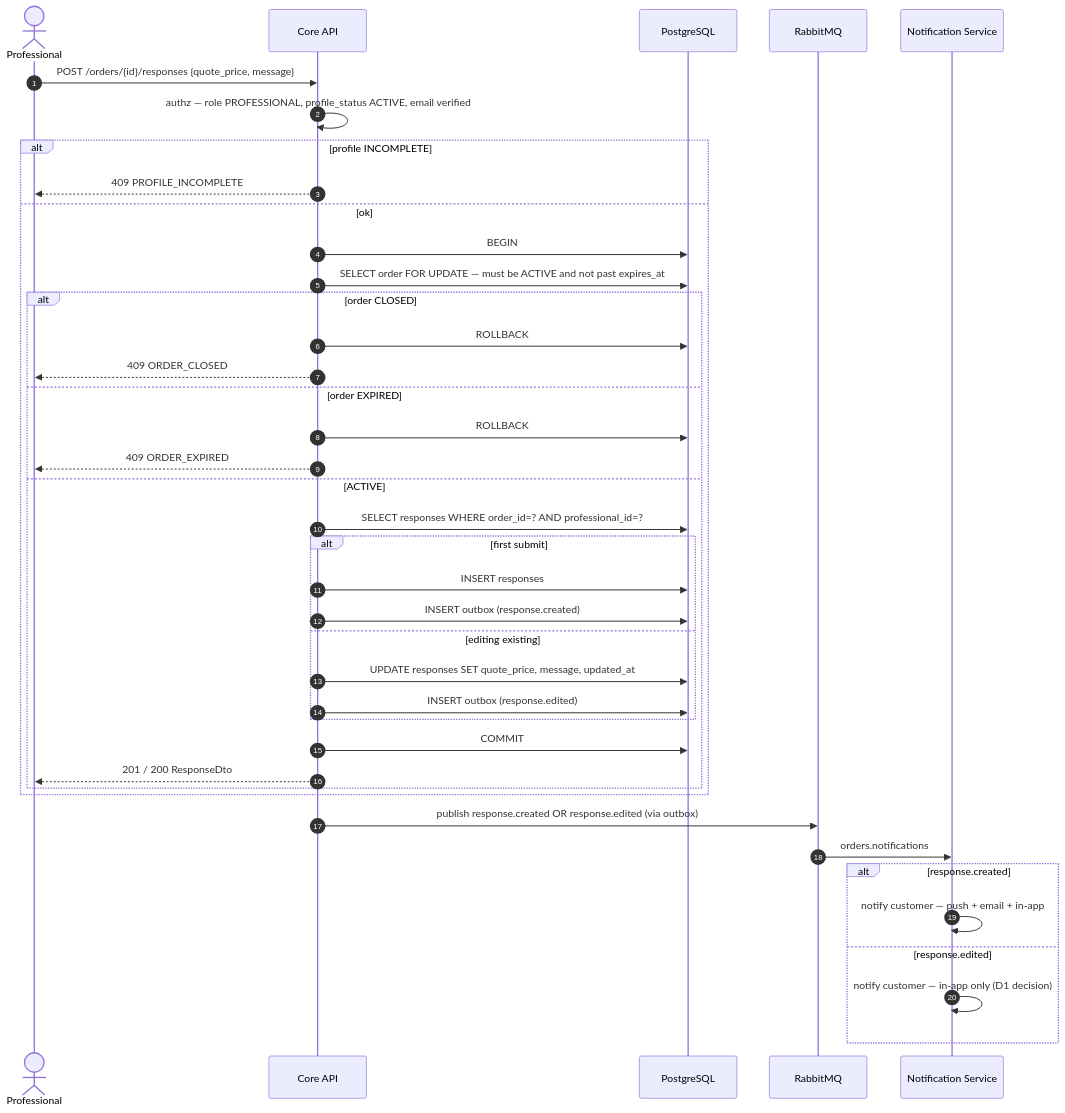
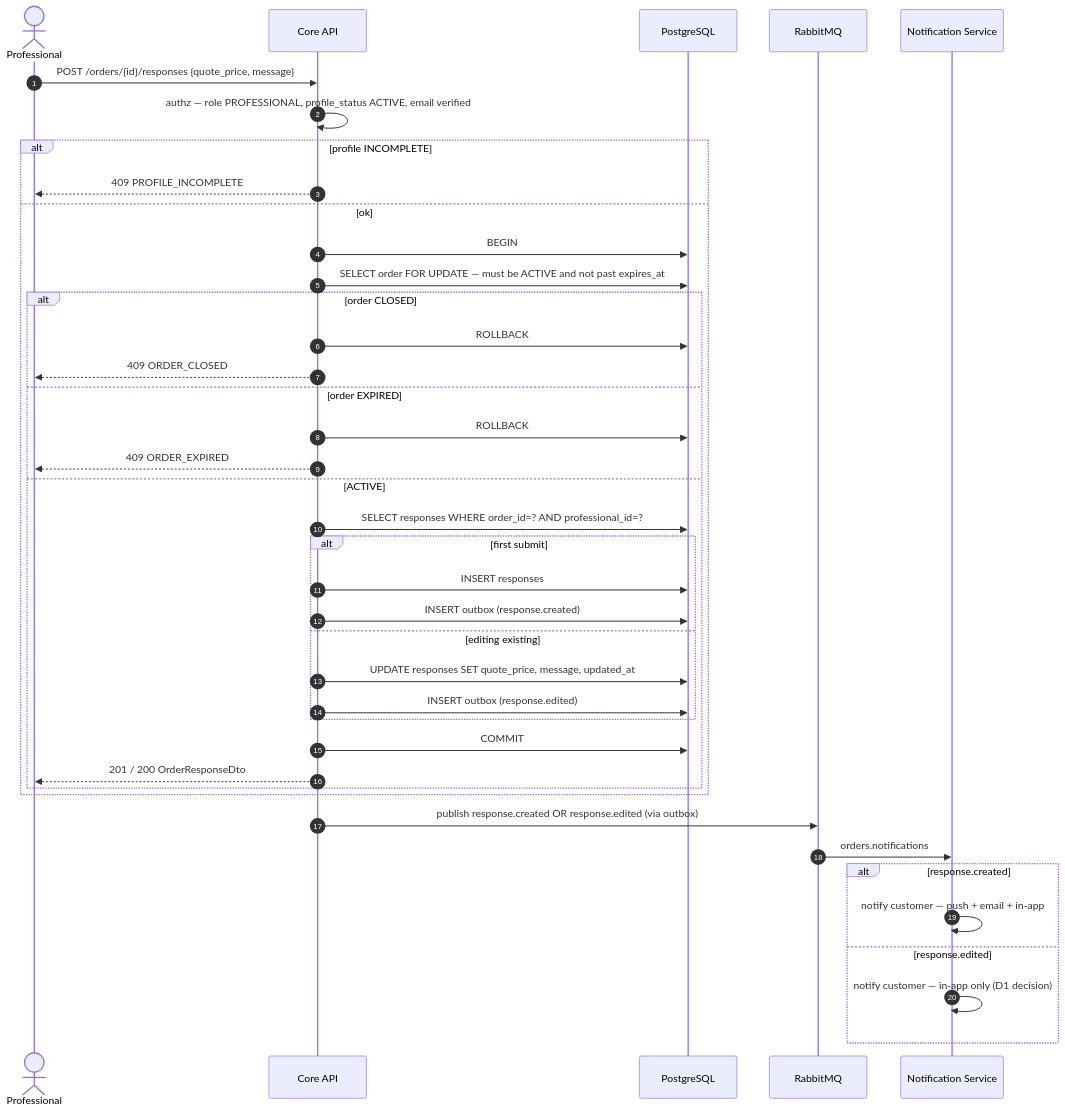
The eighth of 14 diagrams in docs/10 - Sequence Diagrams.md (Iarylkin/proFinder_backend), drawn with Mermaid before and after one commit. The commit also changed other lines of this file and 9 other files, not shown here.

````diff
--- a/docs/10 - Sequence Diagrams.md
+++ b/docs/10 - Sequence Diagrams.md
@@ -335,44 +335,44 @@
 ```mermaid
 sequenceDiagram
     autonumber
     actor P as Professional
     participant Core as Core API
     participant PG as PostgreSQL
     participant MQ as RabbitMQ
     participant Notif as Notification Service
 
     P->>Core: POST /orders/{id}/responses {quote_price, message}
     Core->>Core: authz — role PROFESSIONAL, profile_status ACTIVE, email verified
     alt profile INCOMPLETE
         Core-->>P: 409 PROFILE_INCOMPLETE
     else ok
         Core->>PG: BEGIN
         Core->>PG: SELECT order FOR UPDATE — must be ACTIVE and not past expires_at
         alt order CLOSED
             Core->>PG: ROLLBACK
             Core-->>P: 409 ORDER_CLOSED
         else order EXPIRED
             Core->>PG: ROLLBACK
             Core-->>P: 409 ORDER_EXPIRED
         else ACTIVE
             Core->>PG: SELECT responses WHERE order_id=? AND professional_id=?
             alt first submit
                 Core->>PG: INSERT responses
                 Core->>PG: INSERT outbox (response.created)
             else editing existing
                 Core->>PG: UPDATE responses SET quote_price, message, updated_at
                 Core->>PG: INSERT outbox (response.edited)
             end
             Core->>PG: COMMIT
-            Core-->>P: 201 / 200 ResponseDto
+            Core-->>P: 201 / 200 OrderResponseDto
         end
     end
 
     Core->>MQ: publish response.created OR response.edited (via outbox)
     MQ->>Notif: orders.notifications
     alt response.created
         Notif->>Notif: notify customer — push + email + in-app
     else response.edited
         Notif->>Notif: notify customer — in-app only (D1 decision)
     end
 ```
````
